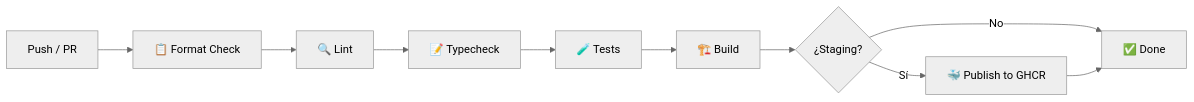
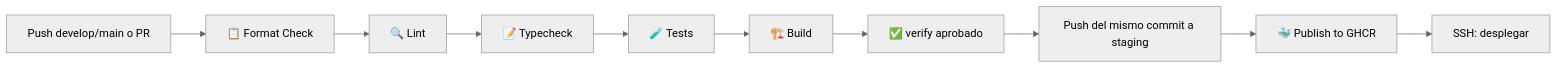
The diagram in docs/infrastructure/CI.md (TypeItOrg/bemol-ui), drawn with Mermaid (neutral theme) before and after one commit. The commit also changed other lines of this file and 2 other files, not shown here.

Commit message:
ci(staging): deploy commits validated on develop

````diff
--- a/docs/infrastructure/CI.md
+++ b/docs/infrastructure/CI.md
@@ -5,12 +7,12 @@
 ```mermaid
 graph LR
-    A[Push / PR] --> B[📋 Format Check]
+    A[Push develop/main o PR] --> B[📋 Format Check]
     B --> C[🔍 Lint]
     C --> D[📝 Typecheck]
     D --> E[🧪 Tests]
     E --> F[🏗️ Build]
-    F --> G{¿Staging?}
-    G -->|Sí| H[🐳 Publish to GHCR]
-    G -->|No| I[✅ Done]
-    H --> I
+    F --> G[✅ verify aprobado]
+    G --> H[Push del mismo commit a staging]
+    H --> I[🐳 Publish to GHCR]
+    I --> J[SSH: desplegar]
 ```
````
